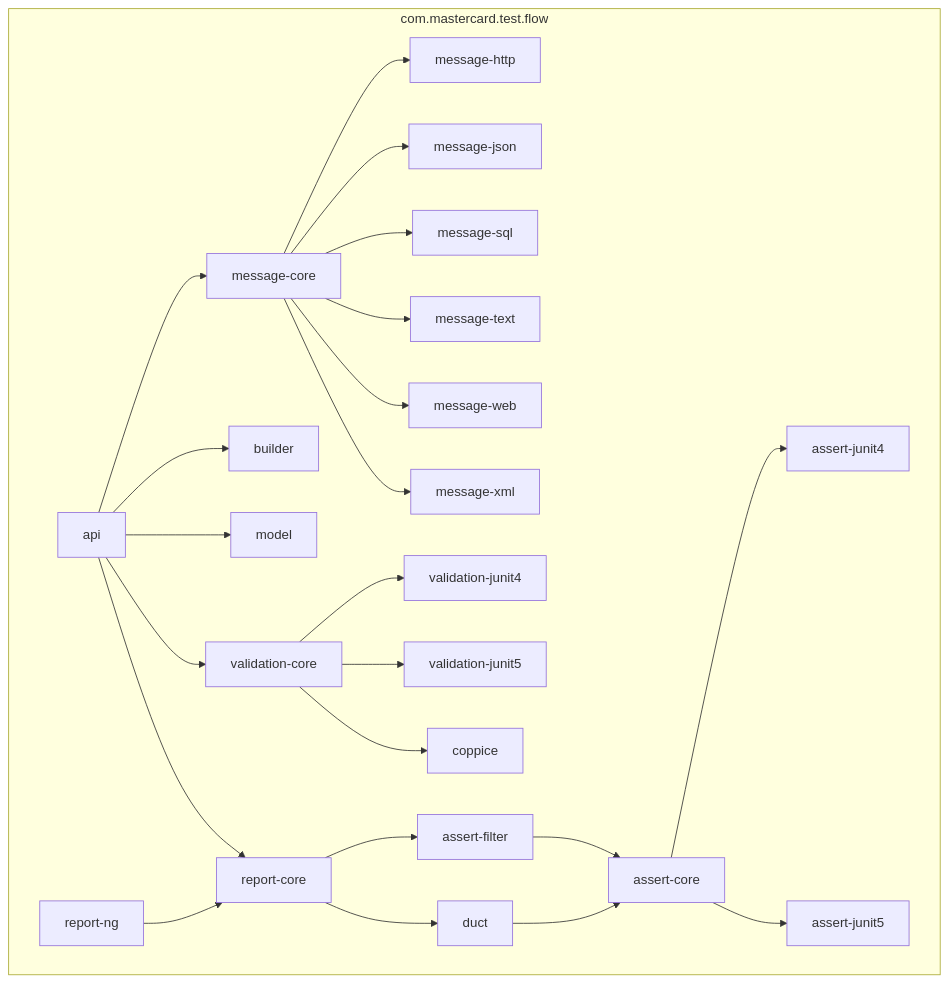
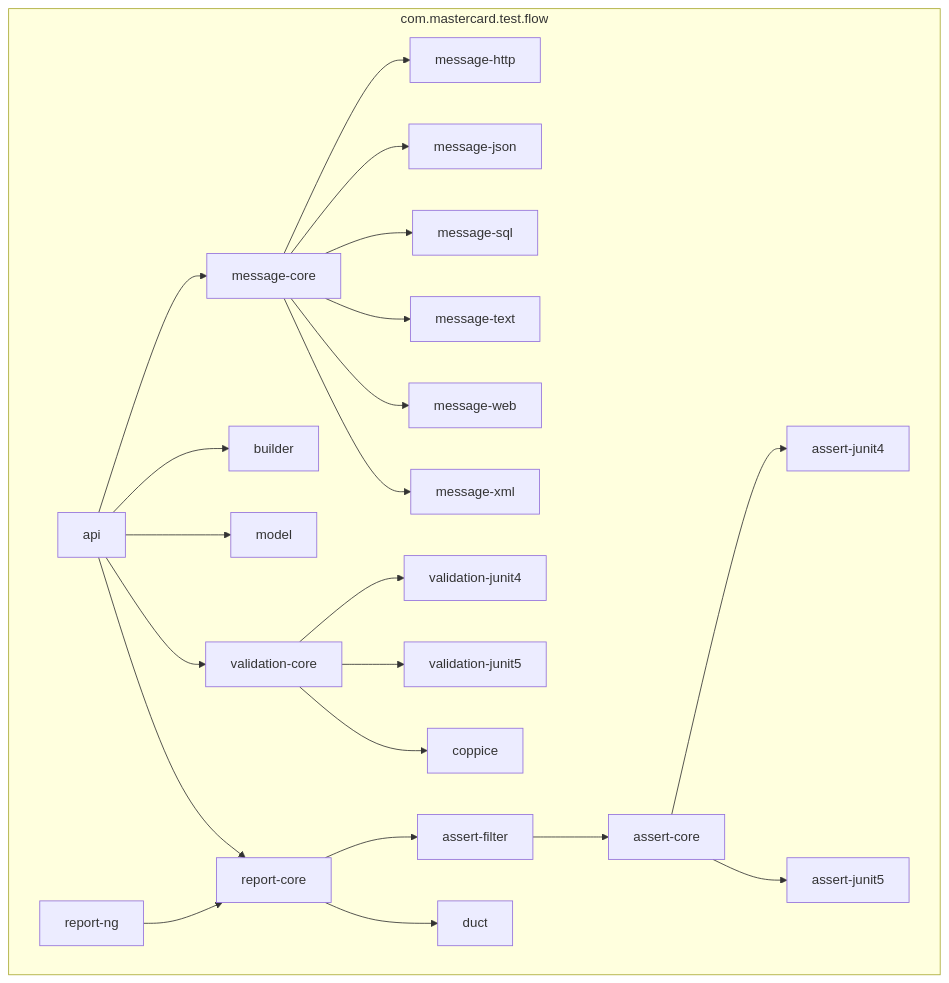
Before and after one commit to Mastercard/flow: the diagram in README.md, drawn with Mermaid. The commit also changed 19 other files, not shown here.

````diff
--- a/README.md
+++ b/README.md
@@ -50,26 +50,25 @@
 ```mermaid
 graph TB
   subgraph com.mastercard.test.flow
     api --> message-core
     api --> builder
     api --> model
     api --> validation-core
     api --> report-core
     assert-core --> assert-junit4
     assert-core --> assert-junit5
     assert-filter --> assert-core
-    duct --> assert-core
     message-core --> message-http
     message-core --> message-json
     message-core --> message-sql
     message-core --> message-text
     message-core --> message-web
     message-core --> message-xml
     report-core --> assert-filter
     report-core --> duct
     report-ng --> report-core
     validation-core --> validation-junit4
     validation-core --> validation-junit5
     validation-core --> coppice
   end
 ```
````
